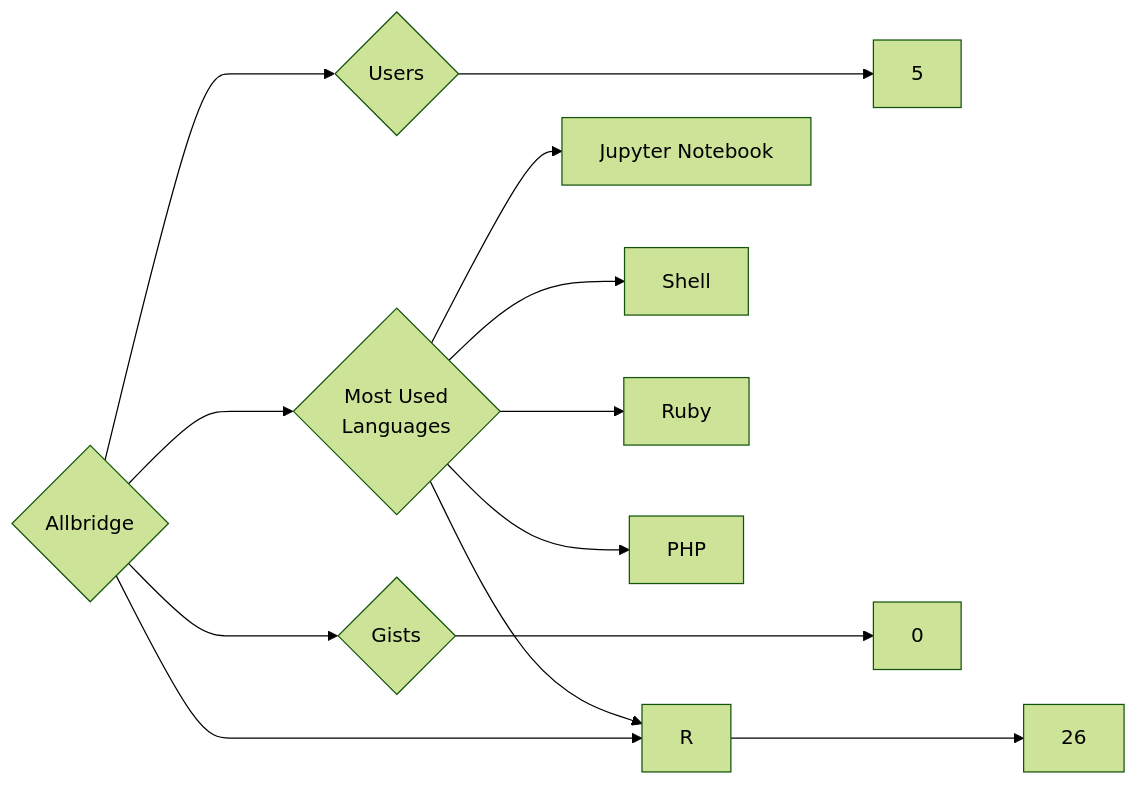
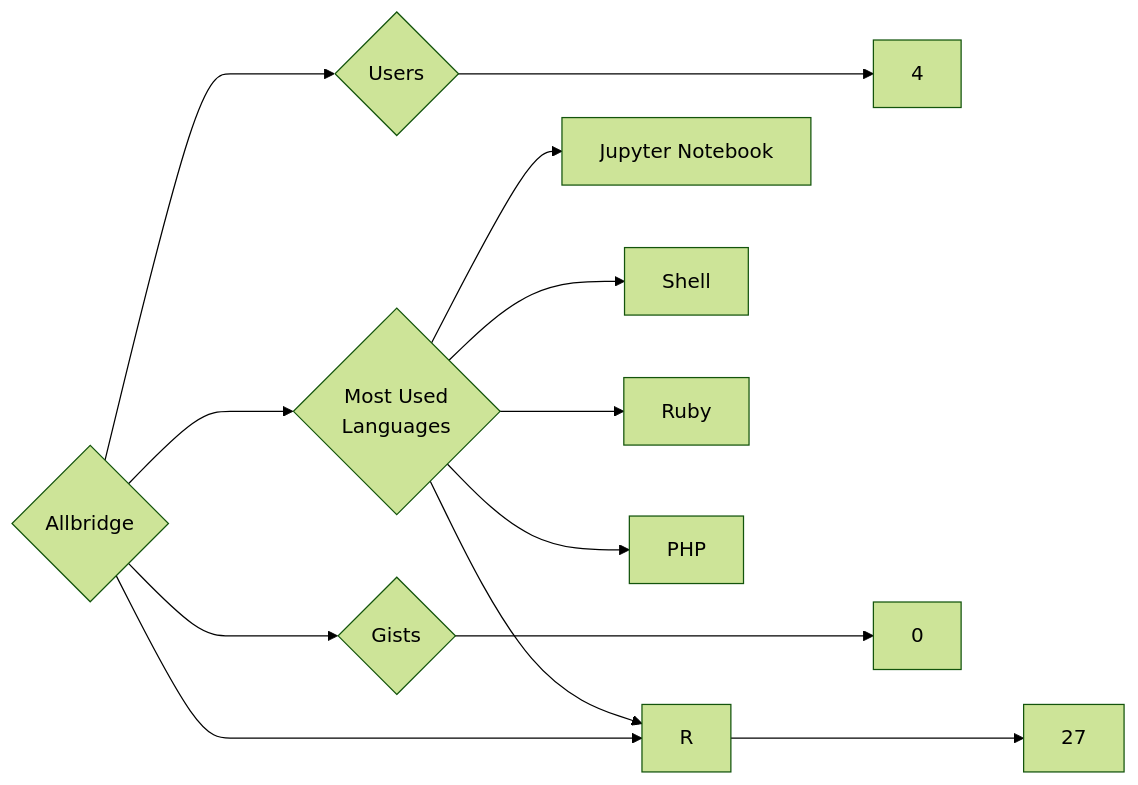
Before and after one commit to trickest/insiders: the diagram in targets/Allbridge/README.md, drawn with Mermaid (forest theme). The commit also changed 1089 other files, not shown here.

````diff
--- a/targets/Allbridge/README.md
+++ b/targets/Allbridge/README.md
@@ -3,13 +3,13 @@
 ```mermaid
 graph LR
 COMPANY_NAME{Allbridge}
-COMPANY_NAME ---> U{Users} ---> UN[5]
-COMPANY_NAME ---> R{Repositories} ---> RN[26]
+COMPANY_NAME ---> U{Users} ---> UN[4]
+COMPANY_NAME ---> R{Repositories} ---> RN[27]
 COMPANY_NAME ---> G{Gists} ---> GN[0]
 COMPANY_NAME ---> ML{Most Used<br>Languages}
 ML --> Jupyter_Notebook[Jupyter Notebook]
 ML --> Shell[Shell]
 ML --> Ruby[Ruby]
 ML --> R[R]
 ML --> PHP[PHP]
 ```
````
